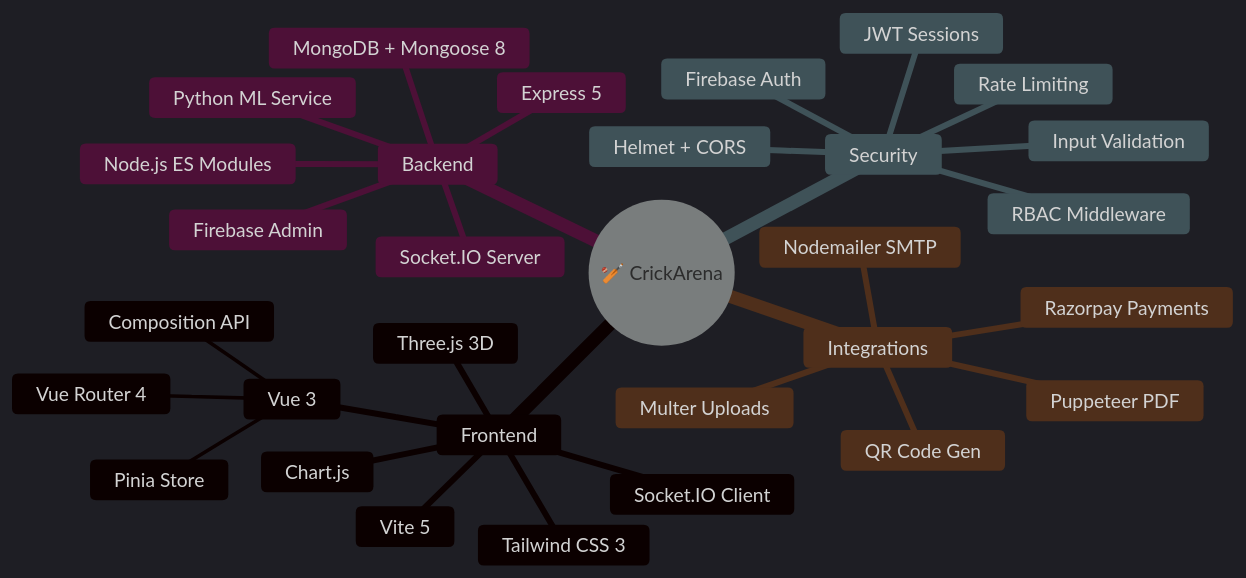
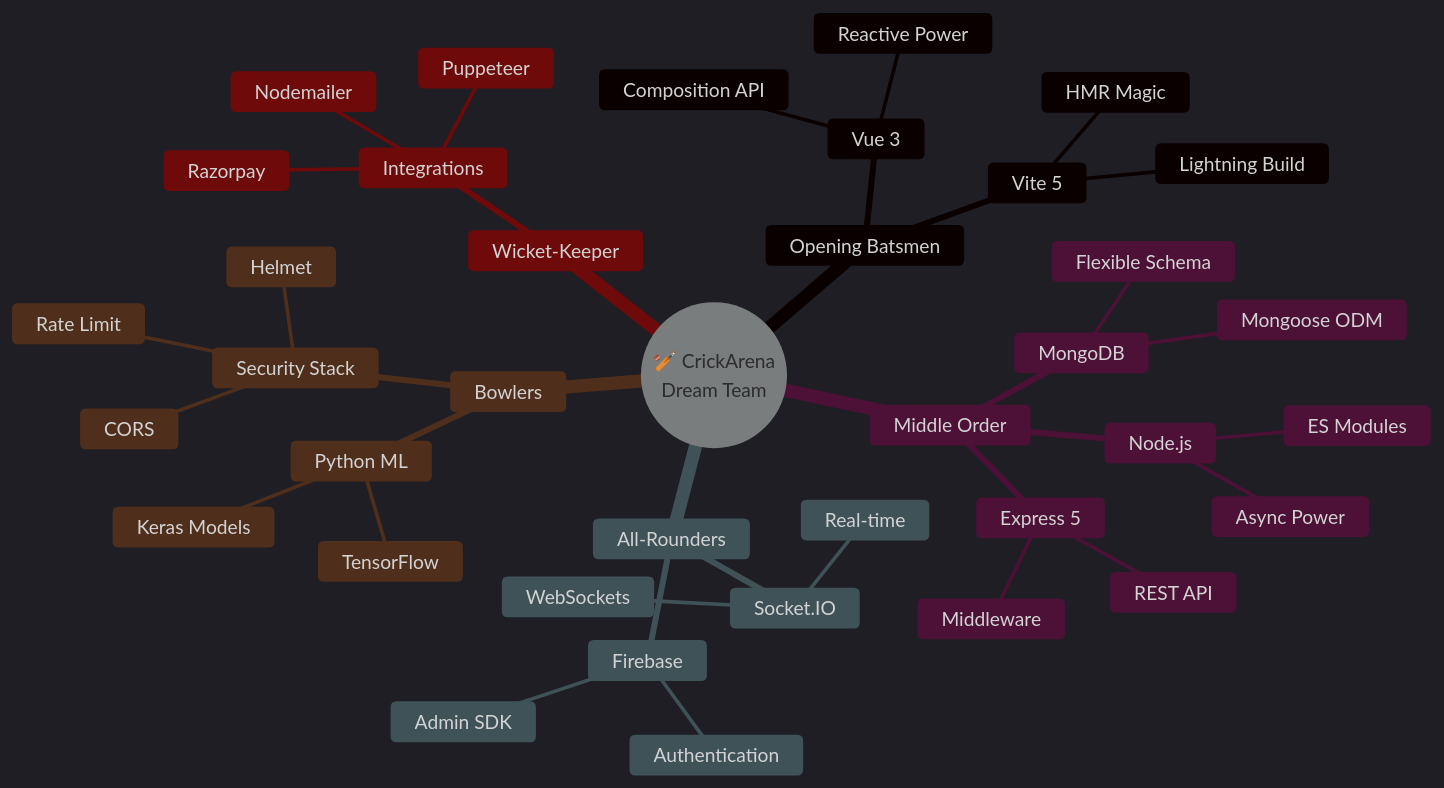
One commit to jamesvarghese7/Crickarena changed the second of 6 diagrams in README.md. Above: the diagram before and after it, drawn with Mermaid. The commit also changed other lines of this file, not shown here.

````diff
--- a/README.md
+++ b/README.md
@@ -222,35 +282,42 @@
 ```mermaid
-%%{init: {'theme':'dark', 'themeVariables': { 'primaryColor':'#10B981'}}}%%
+%%{init: {'theme':'dark'}}%%
 mindmap
-  root((🏏 CrickArena))
-    Frontend
+  root((🏏 CrickArena<br/>Dream Team))
+    Opening Batsmen
       Vue 3
         Composition API
-        Pinia Store
-        Vue Router 4
+        Reactive Power
       Vite 5
-      Tailwind CSS 3
-      Three.js 3D
-      Chart.js
-      Socket.IO Client
-    Backend
-      Node.js ES Modules
+        Lightning Build
+        HMR Magic
+    Middle Order
+      Node.js
+        ES Modules
+        Async Power
       Express 5
-      MongoDB + Mongoose 8
-      Socket.IO Server
-      Firebase Admin
-      Python ML Service
-    Security
-      Firebase Auth
-      JWT Sessions
-      RBAC Middleware
-      Helmet + CORS
-      Rate Limiting
-      Input Validation
-    Integrations
-      Razorpay Payments
-      Nodemailer SMTP
-      Puppeteer PDF
-      QR Code Gen
-      Multer Uploads
+        REST API
+        Middleware
+      MongoDB
+        Flexible Schema
+        Mongoose ODM
+    All-Rounders
+      Firebase
+        Authentication
+        Admin SDK
+      Socket.IO
+        Real-time
+        WebSockets
+    Bowlers
+      Python ML
+        TensorFlow
+        Keras Models
+      Security Stack
+        Helmet
+        CORS
+        Rate Limit
+    Wicket-Keeper
+      Integrations
+        Razorpay
+        Nodemailer
+        Puppeteer
 ```
````
